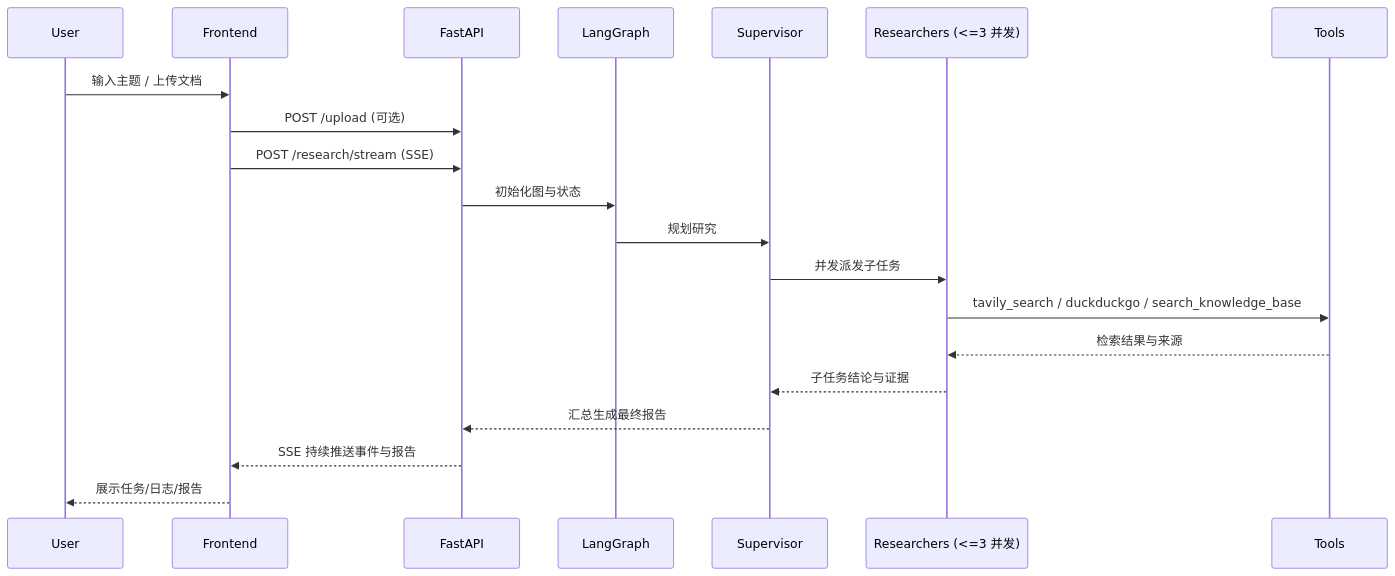
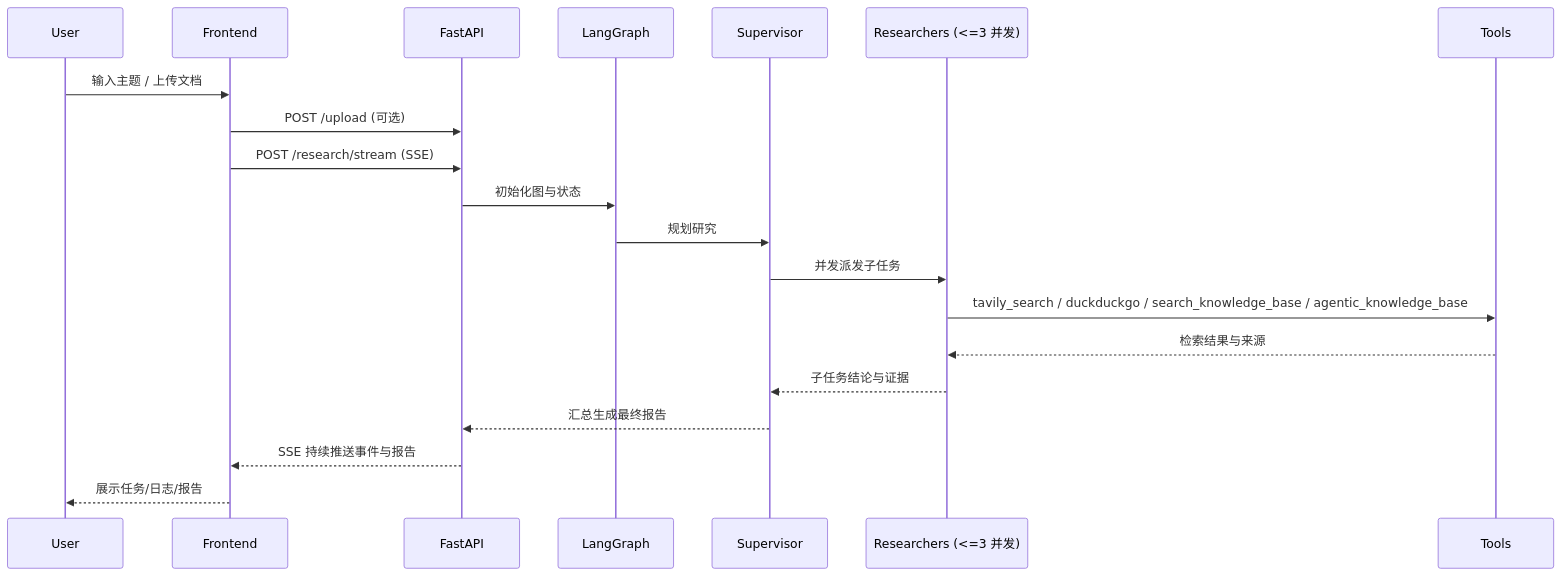
Before and after one commit to Lieber7802/Easy_deepreseaech: the second of 2 diagrams in README.md, drawn with Mermaid. The commit also changed other lines of this file and 34 other files, not shown here.

````diff
--- a/README.md
+++ b/README.md
@@ -33,23 +34,23 @@
 ```mermaid
 sequenceDiagram
   participant U as User
   participant F as Frontend
   participant B as FastAPI
   participant G as LangGraph
   participant S as Supervisor
   participant R as Researchers (<=3 并发)
   participant T as Tools
 
   U->>F: 输入主题 / 上传文档
   F->>B: POST /upload (可选)
   F->>B: POST /research/stream (SSE)
   B->>G: 初始化图与状态
   G->>S: 规划研究
   S->>R: 并发派发子任务
-  R->>T: tavily_search / duckduckgo / search_knowledge_base
+  R->>T: tavily_search / duckduckgo / search_knowledge_base / agentic_knowledge_base
   T-->>R: 检索结果与来源
   R-->>S: 子任务结论与证据
   S-->>B: 汇总生成最终报告
   B-->>F: SSE 持续推送事件与报告
   F-->>U: 展示任务/日志/报告
 ```
````
